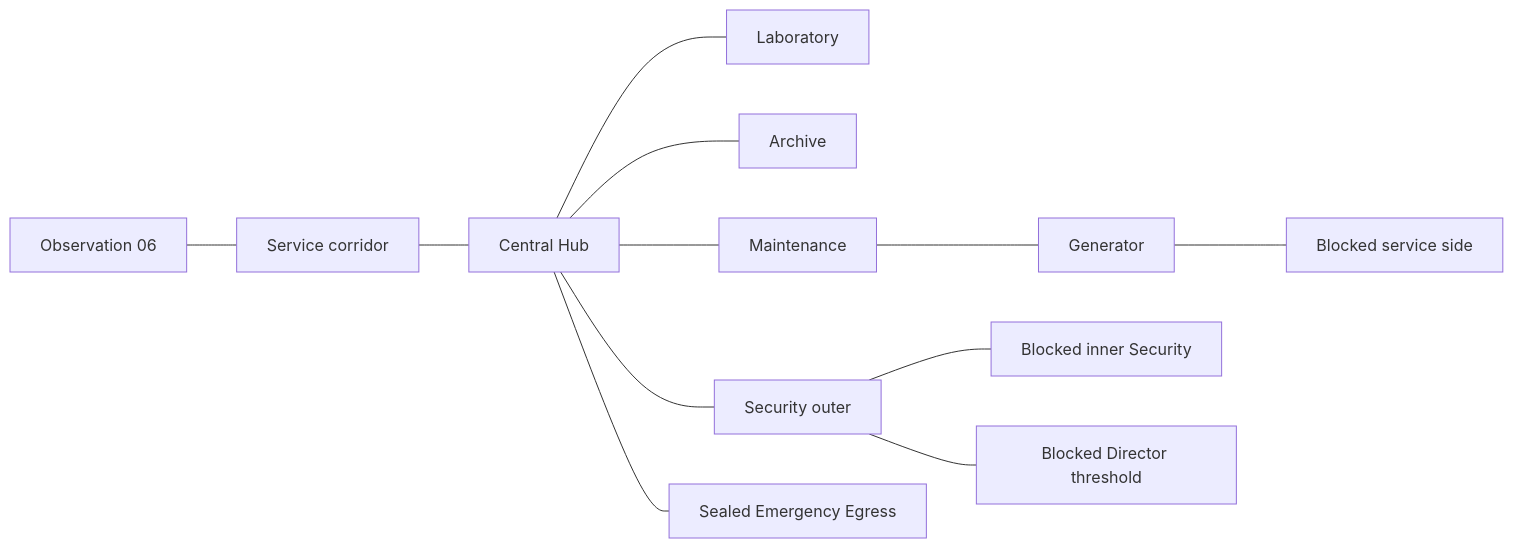
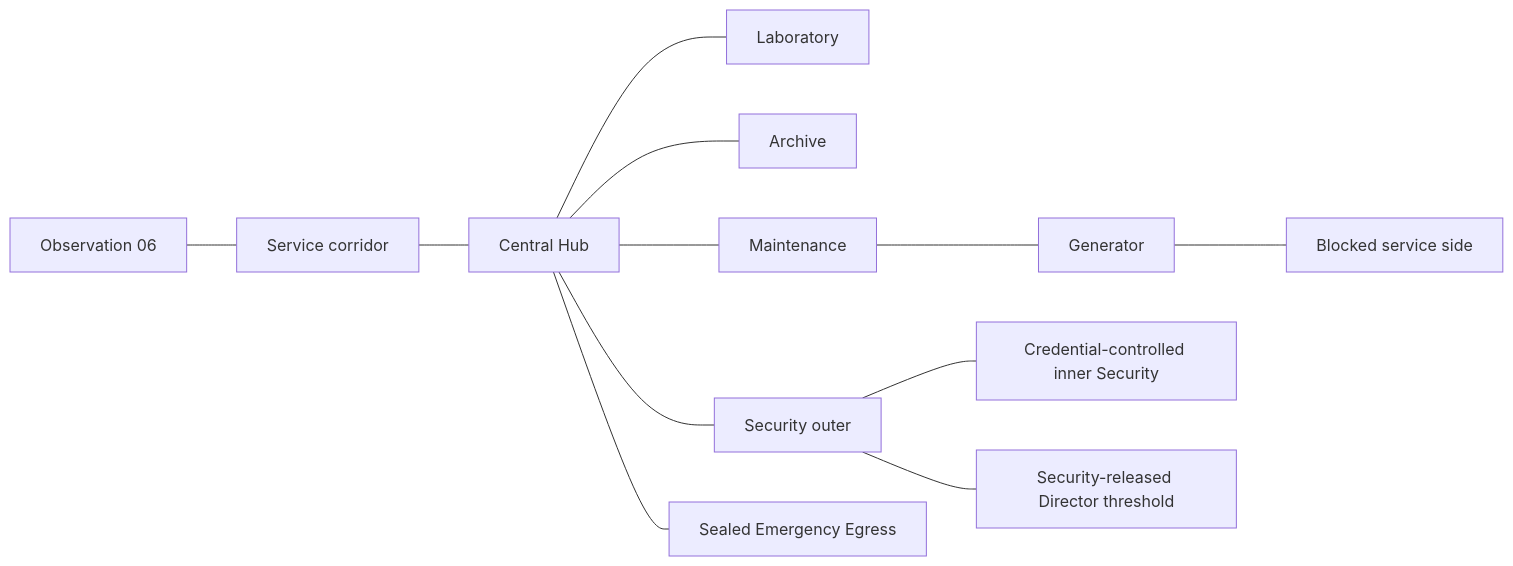
The diagram in docs/facility_graybox.md (ref020/SubLevel), drawn with Mermaid before and after one commit. The commit also changed other lines of this file and 36 other files, not shown here.

````diff
--- a/docs/facility_graybox.md
+++ b/docs/facility_graybox.md
@@ -19,14 +19,14 @@
 ```mermaid
 flowchart LR
     O[Observation 06] --- C[Service corridor]
     C --- H[Central Hub]
     H --- L[Laboratory]
     H --- A[Archive]
     H --- M[Maintenance]
     M --- G[Generator]
     G --- X[Blocked service side]
     H --- S[Security outer]
-    S --- I[Blocked inner Security]
-    S --- D[Blocked Director threshold]
+    S --- I[Credential-controlled inner Security]
+    S --- D[Security-released Director threshold]
     H --- E[Sealed Emergency Egress]
 ```
````
